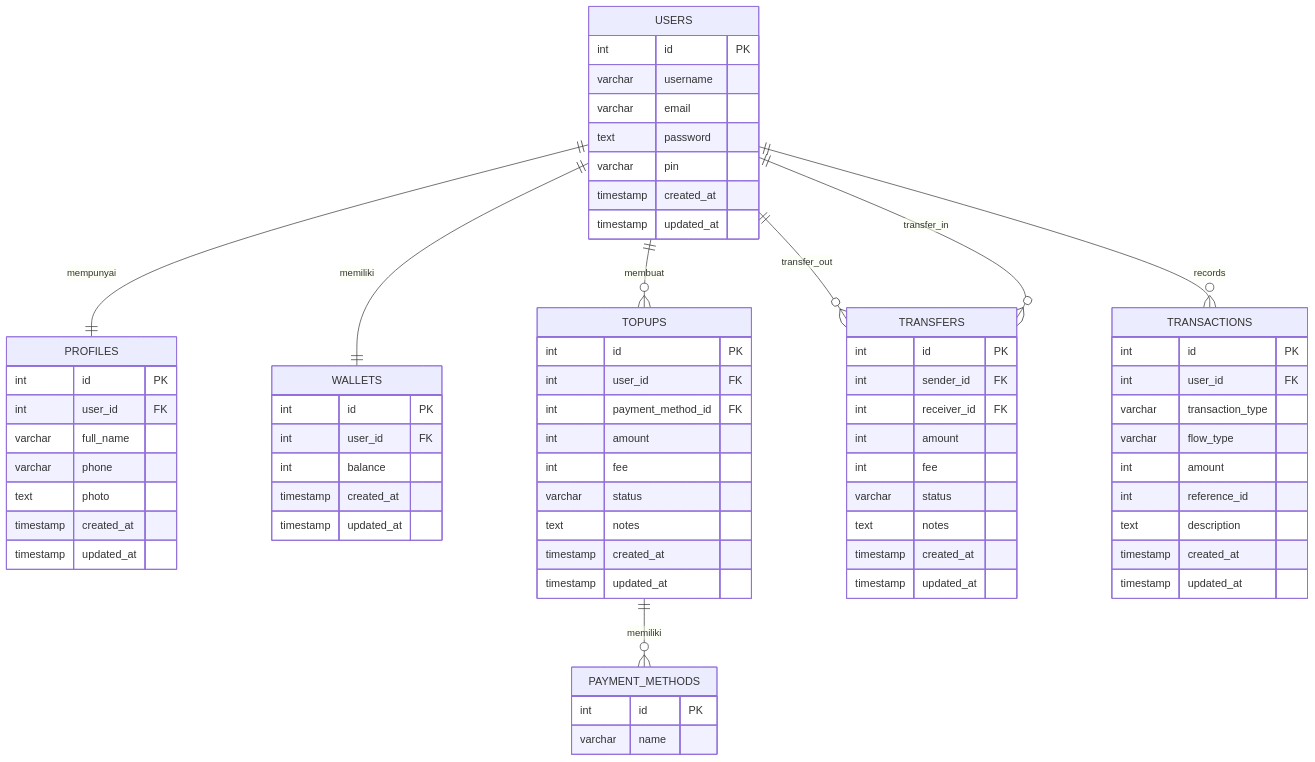
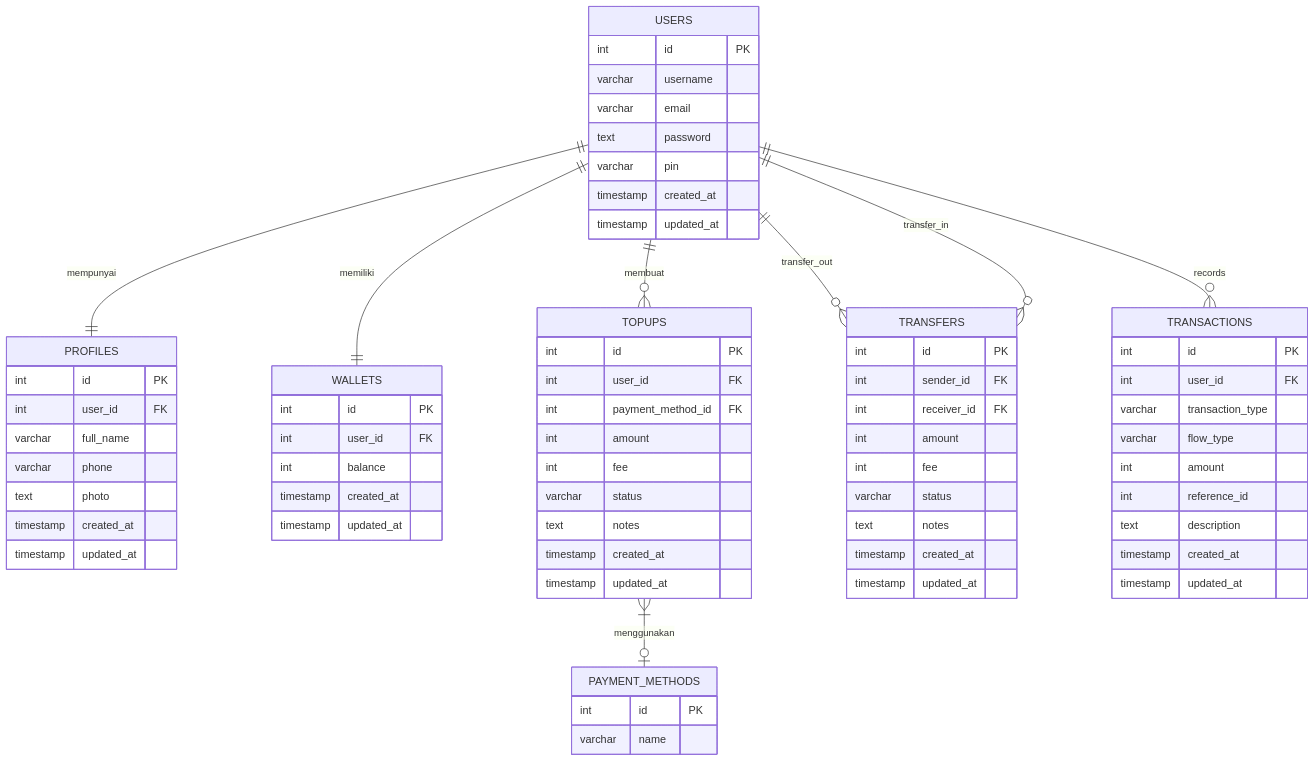
Before and after one commit to aqilknz/koda-b7-db: the diagram in README.md, drawn with Mermaid.

Commit message:
docs: update revisi ERD for e-wallet

````diff
--- a/README.md
+++ b/README.md
@@ -1,82 +1,82 @@
 ```mermaid
 erDiagram
     USERS {
         int id PK
         varchar username 
         varchar email 
         text password
         varchar pin
         timestamp created_at
         timestamp updated_at
     }
 
     PROFILES {
         int id PK
         int user_id FK
         varchar full_name
         varchar phone
         text photo
         timestamp created_at
         timestamp updated_at
     }
 
     WALLETS {
         int id PK
         int user_id FK
         int balance
         timestamp created_at
         timestamp updated_at
     }
 
     PAYMENT_METHODS {
         int id PK
         varchar name 
     }
 
     TOPUPS {
         int id PK
         int user_id FK
         int payment_method_id FK
         int amount
         int fee
         varchar status
         text notes
         timestamp created_at
         timestamp updated_at
     }
 
     TRANSFERS {
         int id PK
         int sender_id FK
         int receiver_id FK
         int amount
         int fee
         varchar status
         text notes
         timestamp created_at
         timestamp updated_at
     }
 
     TRANSACTIONS {
         int id PK
         int user_id FK
         varchar transaction_type
         varchar flow_type
         int amount
         int reference_id
         text description
         timestamp created_at
         timestamp updated_at
     }
 
     USERS ||--|| PROFILES : mempunyai
     USERS ||--|| WALLETS : memiliki
 
     USERS ||--o{ TOPUPS : membuat
-    TOPUPS ||--o{ PAYMENT_METHODS : memiliki
+    TOPUPS }|--o| PAYMENT_METHODS : menggunakan
     
     USERS ||--o{ TRANSFERS : transfer_out
     USERS ||--o{ TRANSFERS : transfer_in
     
     USERS ||--o{ TRANSACTIONS : records
 ```
````
